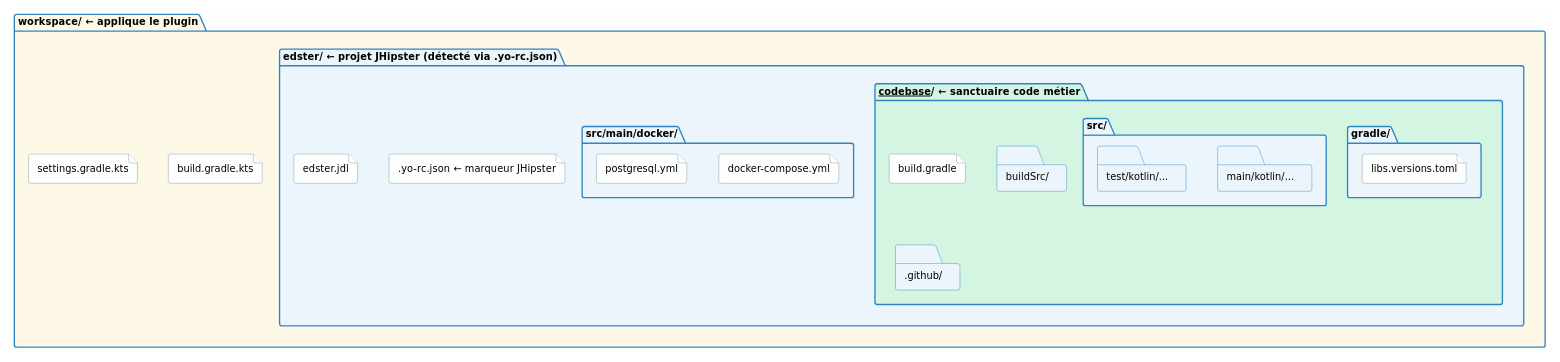
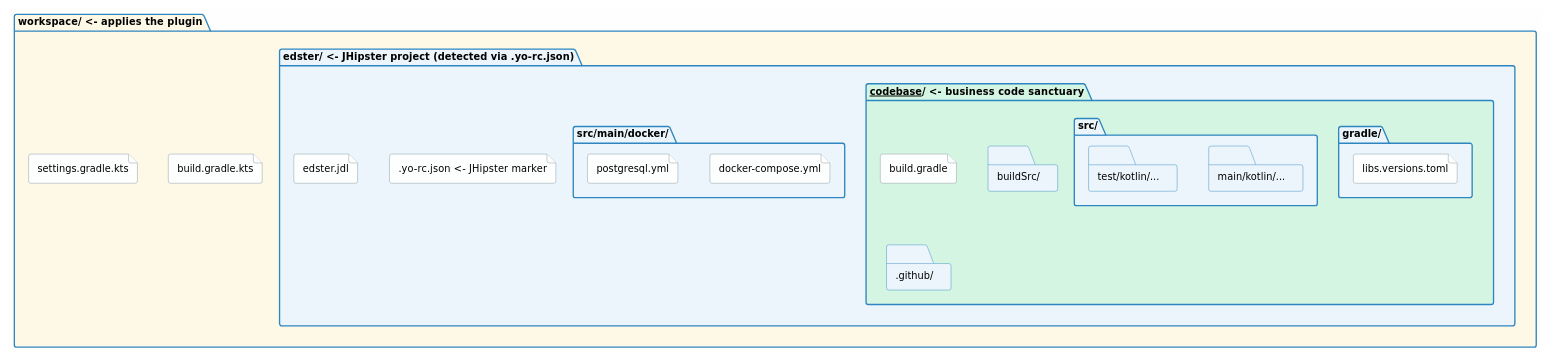
The third of 11 diagrams in persistence/README.adoc (cheroliv/jhipster-gradle-plugins), drawn with PlantUML before and after one commit. The commit also changed other lines of this file and 2 other files, not shown here.

Commit message:
🔧 docs(*README*.adoc): Update README with English translations and plugin ID change to com.cheroliv.jhipster.persistence.

```diff
--- a/persistence/README.adoc
+++ b/persistence/README.adoc
@@ -140,45 +140,45 @@
 [plantuml, workspace-structure, svg]
 ....
 @startuml
 skinparam backgroundColor #FEFEFE
 skinparam defaultFontName "DejaVu Sans"
 skinparam defaultFontSize 11
 
 skinparam folder {
   BackgroundColor #EBF5FB
   BorderColor     #2E86C1
 }
 skinparam file {
   BackgroundColor #FDFEFE
   BorderColor     #85929E
 }
 
-folder "workspace/  ← applique le plugin" #FEF9E7 {
+folder "workspace/  <- applies the plugin" #FEF9E7 {
   file "build.gradle.kts"
   file "settings.gradle.kts"
 
-  folder "edster/  ← projet JHipster (détecté via .yo-rc.json)" {
-    file ".yo-rc.json  ← marqueur JHipster"
+  folder "edster/  <- JHipster project (detected via .yo-rc.json)" {
+    file ".yo-rc.json  <- JHipster marker"
     file "edster.jdl"
 
-    folder "__codebase__/  ← sanctuaire code métier" #D5F5E3 {
+    folder "__codebase__/  <- business code sanctuary" #D5F5E3 {
       file "build.gradle"
       folder "gradle/" {
         file "libs.versions.toml"
       }
       folder "src/" {
         folder "main/kotlin/..."
         folder "test/kotlin/..."
       }
       folder "buildSrc/"
       folder ".github/"
     }
 
     folder "src/main/docker/" {
       file "docker-compose.yml"
       file "postgresql.yml"
     }
   }
 }
 @enduml
 ....
```
